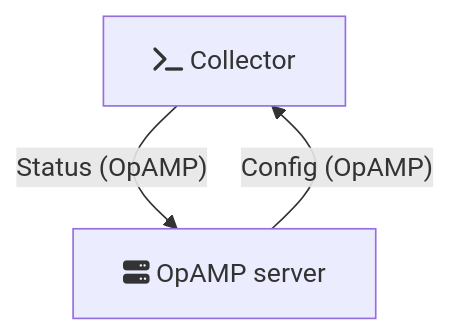
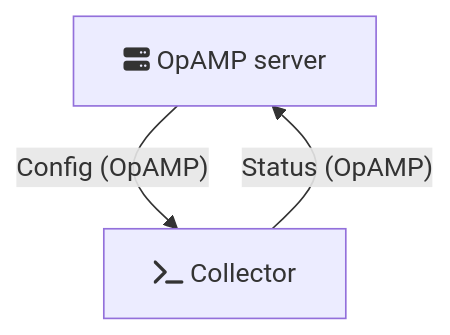
The diagram in diagram/unsupervised-control.mmd (evan-bradley/supervisor-talk), drawn with Mermaid before and after one commit. The commit also changed other lines of this file and 1 other file, not shown here.

Commit message:
Move Server node to the top of the flow

```diff
--- a/diagram/unsupervised-control.mmd
+++ b/diagram/unsupervised-control.mmd
@@ -1,8 +1,8 @@
 flowchart TB
+    server["fa:fa-server OpAMP server"]
     collector["fa:fa-terminal Collector"]
-    server["fa:fa-server OpAMP server"]
 
     server -->|"Config (OpAMP)"| collector
     collector -->|"Status (OpAMP)"| server
 
 class collector,server box;
```
